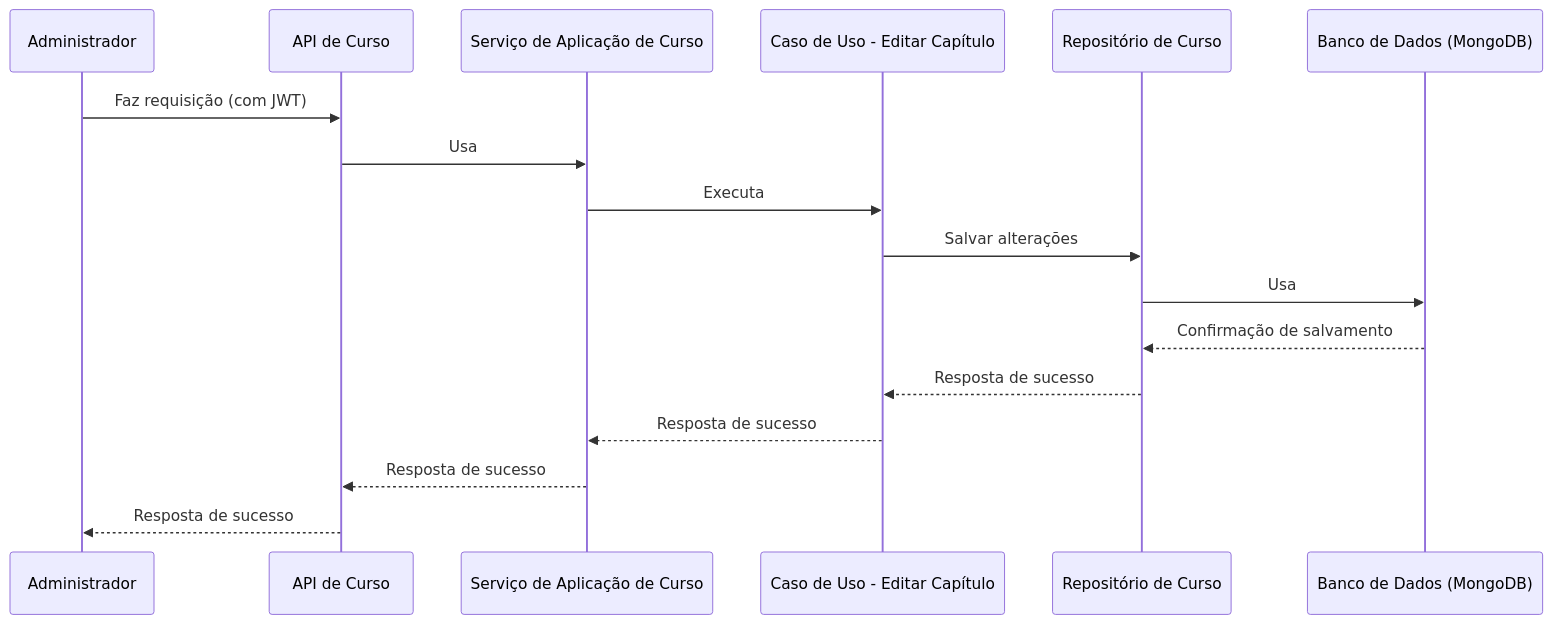
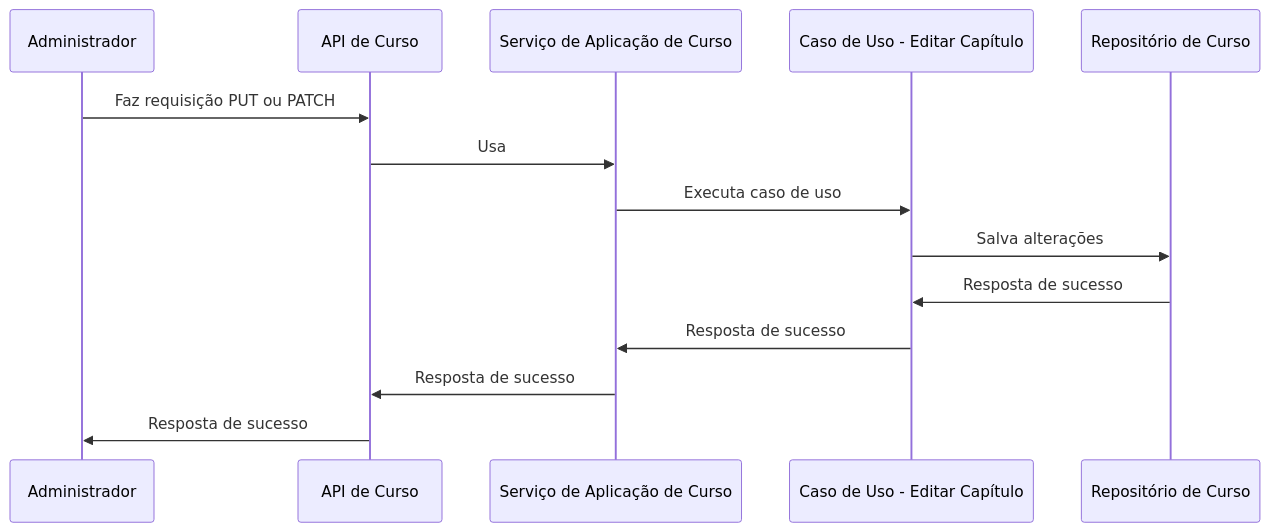
The eighth of 8 diagrams in C3 Components/Back-end/Módulo de curso/README.md (Open-3A/3A-c4-model), drawn with Mermaid before and after one commit. The commit also changed other lines of this file, not shown here.

Commit message:
refactor(C3): change execution flow of course module

````diff
--- a/C3 Components/Back-end/Módulo de curso/README.md
+++ b/C3 Components/Back-end/Módulo de curso/README.md
@@ -174,20 +159,17 @@
 ```mermaid
 sequenceDiagram
     participant admin as Administrador
     participant course_api as API de Curso
     participant course_service as Serviço de Aplicação de Curso
     participant edit_chapter_use_case as Caso de Uso - Editar Capítulo
     participant course_repository as Repositório de Curso
-    participant db as Banco de Dados (MongoDB)
 
-    admin->>course_api: Faz requisição (com JWT)
+    admin->>course_api: Faz requisição PUT ou PATCH
     course_api->>course_service: Usa
-    course_service->>edit_chapter_use_case: Executa
-    edit_chapter_use_case->>course_repository: Salvar alterações
-    course_repository->>db: Usa
-    db-->>course_repository: Confirmação de salvamento
-    course_repository-->>edit_chapter_use_case: Resposta de sucesso
-    edit_chapter_use_case-->>course_service: Resposta de sucesso
-    course_service-->>course_api: Resposta de sucesso
-    course_api-->>admin: Resposta de sucesso
+    course_service->>edit_chapter_use_case: Executa caso de uso
+    edit_chapter_use_case->>course_repository: Salva alterações
+    course_repository->>edit_chapter_use_case: Resposta de sucesso
+    edit_chapter_use_case->>course_service: Resposta de sucesso
+    course_service->>course_api: Resposta de sucesso
+    course_api->>admin: Resposta de sucesso
 ```
````
